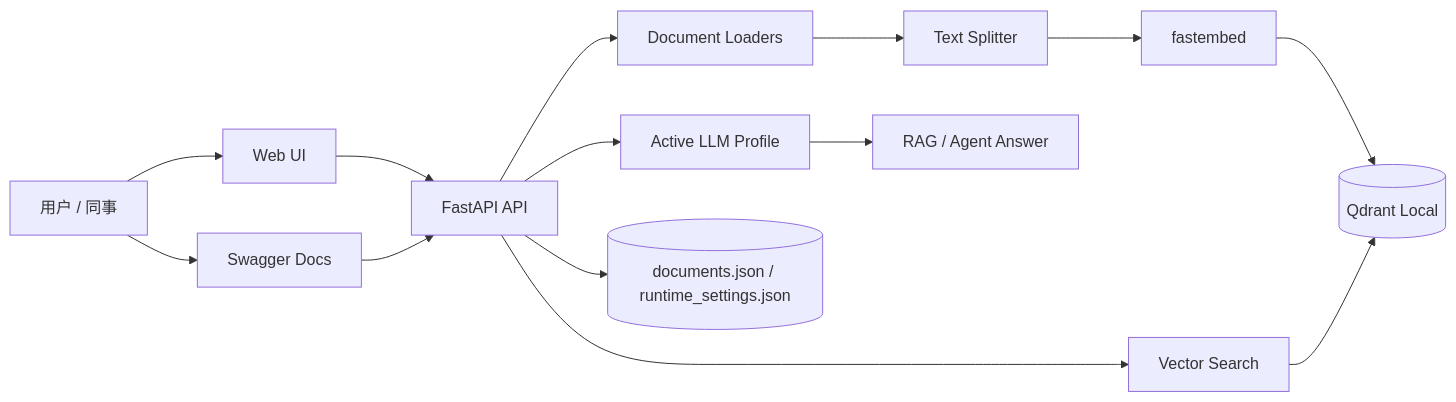
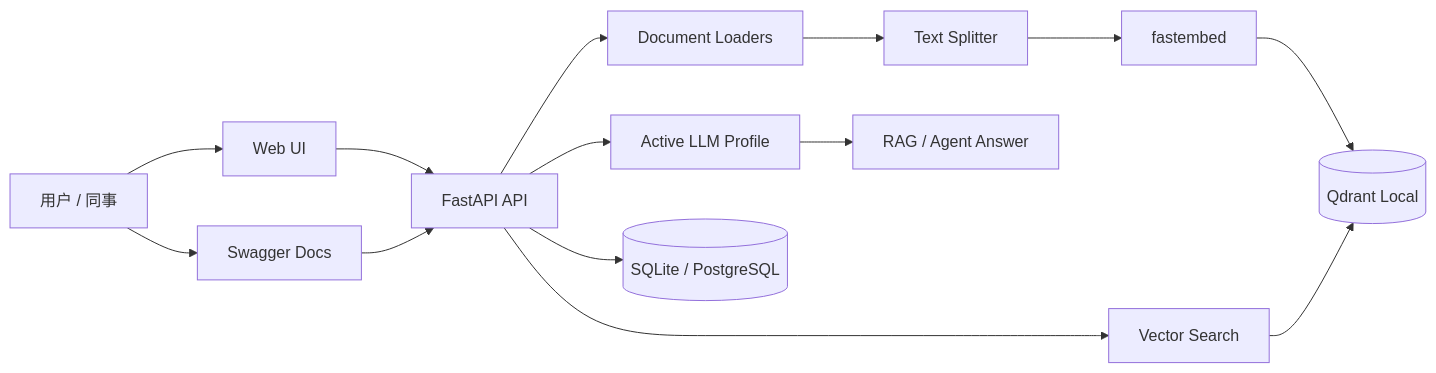
Before and after one commit to supadLL/ai-std: the first of 2 diagrams in projects/rag-pdf-qa/README.md, drawn with Mermaid. The commit also changed other lines of this file and 27 other files, not shown here.

````diff
--- a/projects/rag-pdf-qa/README.md
+++ b/projects/rag-pdf-qa/README.md
@@ -41,16 +43,16 @@
 ```mermaid
 flowchart LR
   User[用户 / 同事] --> WebUI[Web UI]
   User --> Docs[Swagger Docs]
   WebUI --> API[FastAPI API]
   Docs --> API
   API --> Loader[Document Loaders]
   Loader --> Splitter[Text Splitter]
   Splitter --> Embed[fastembed]
   Embed --> Qdrant[(Qdrant Local)]
   API --> Search[Vector Search]
   Search --> Qdrant
   API --> LLM[Active LLM Profile]
   LLM --> Answer[RAG / Agent Answer]
-  API --> Store[(documents.json / runtime_settings.json)]
+  API --> Store[(SQLite / PostgreSQL)]
 ```
````
